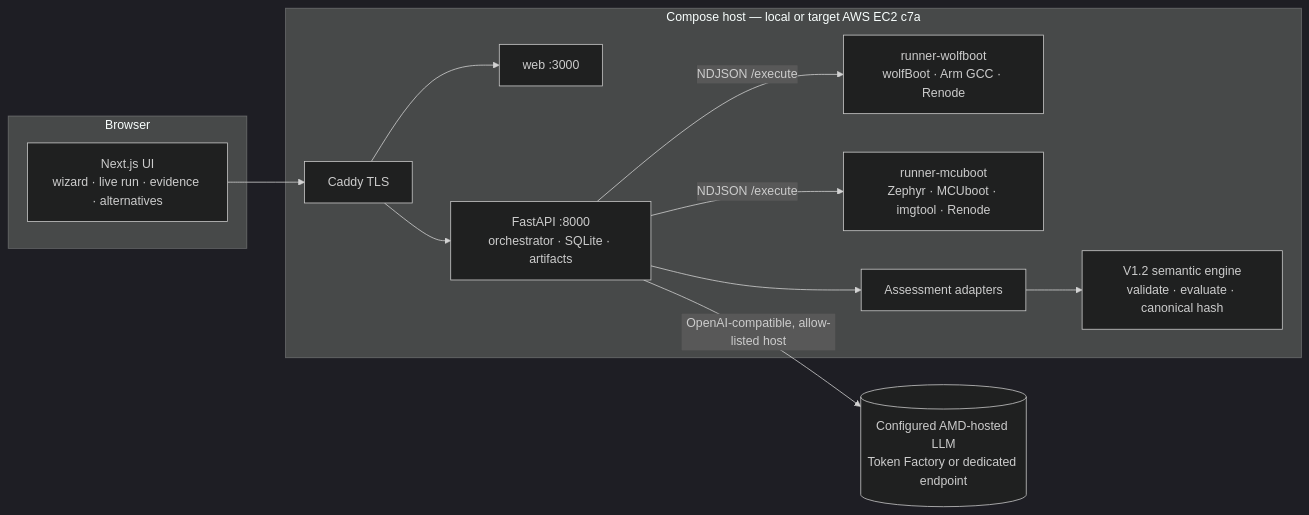
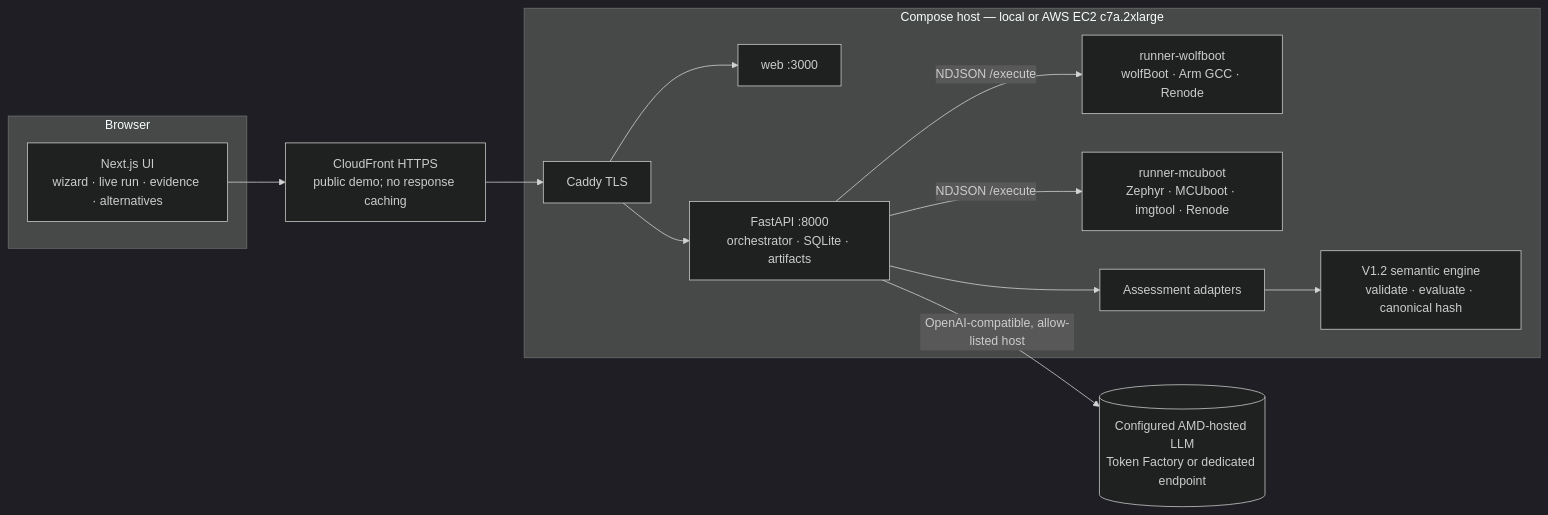
Before and after one commit to francescocarpineti091299/release-proof: the diagram in docs/ARCHITECTURE.md, drawn with Mermaid (dark theme). The commit also changed other lines of this file and 33 other files, not shown here.

````diff
--- a/docs/ARCHITECTURE.md
+++ b/docs/ARCHITECTURE.md
@@ -3,15 +3,15 @@
 ```mermaid
 flowchart LR
   subgraph Browser
     UI[Next.js UI<br/>wizard · live run · evidence · alternatives]
   end
-  subgraph HOST[Compose host — local or target AWS EC2 c7a]
+  subgraph HOST[Compose host — local or AWS EC2 c7a.2xlarge]
     C[Caddy TLS] --> UI2[web :3000]
     C --> API[FastAPI :8000<br/>orchestrator · SQLite · artifacts]
     API -->|NDJSON /execute| RW[runner-wolfboot<br/>wolfBoot · Arm GCC · Renode]
     API -->|NDJSON /execute| RM[runner-mcuboot<br/>Zephyr · MCUboot · imgtool · Renode]
     API --> AD[Assessment adapters] --> ENG[V1.2 semantic engine<br/>validate · evaluate · canonical hash]
   end
    API -->|OpenAI-compatible, allow-listed host| AMD[(Configured AMD-hosted LLM<br/>Token Factory or dedicated endpoint)]
-  UI --> C
+   UI --> CF[CloudFront HTTPS<br/>public demo; no response caching] --> C
 ```
````
